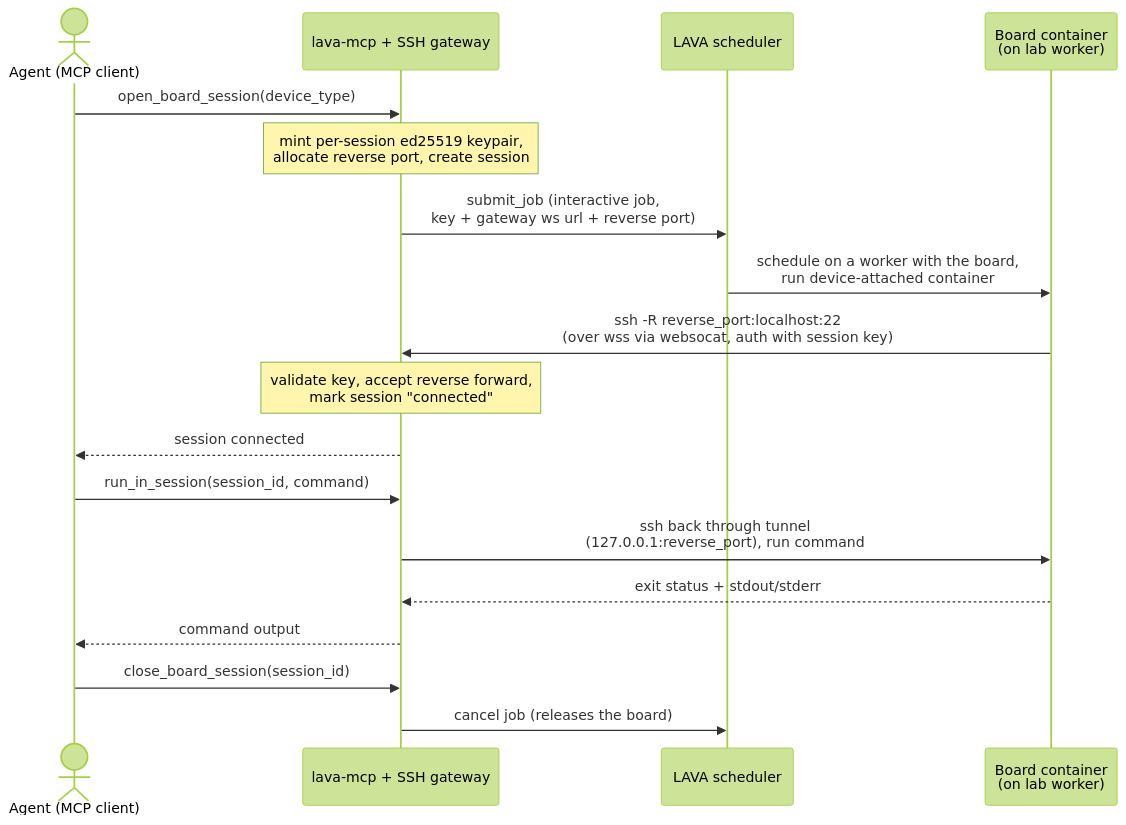
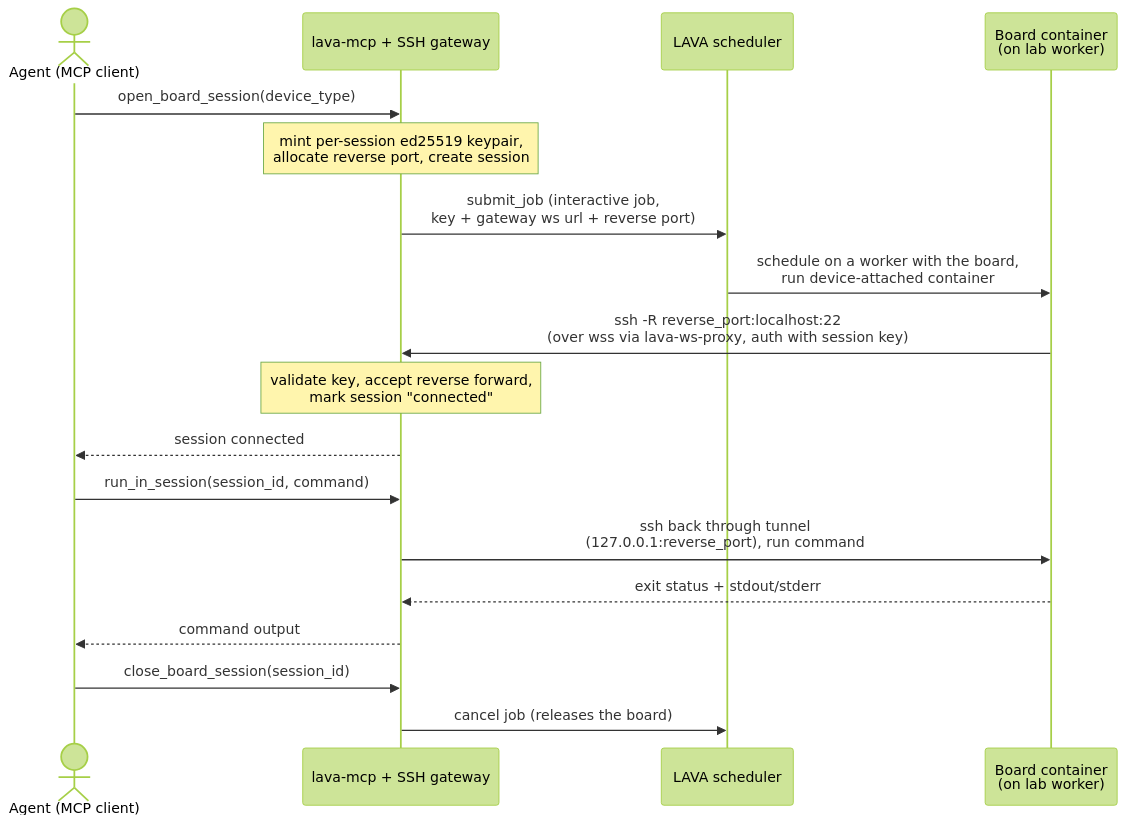
The first of 2 diagrams in docs/board-sessions.md (lava-mcp/lava-mcp), drawn with Mermaid (forest theme) before and after one commit. The commit also changed other lines of this file and 16 other files, not shown here.

First line of the commit message:
gateway: cut over from websocat to the lava-ws-proxy ProxyCommand

````diff
--- a/docs/board-sessions.md
+++ b/docs/board-sessions.md
@@ -26,23 +26,23 @@
 ```mermaid
 sequenceDiagram
     actor Agent as Agent (MCP client)
     participant MCP as lava-mcp + SSH gateway
     participant LAVA as LAVA scheduler
     participant Board as Board container<br/>(on lab worker)
 
     Agent->>MCP: open_board_session(device_type)
     Note over MCP: mint per-session ed25519 keypair,<br/>allocate reverse port, create session
     MCP->>LAVA: submit_job (interactive job,<br/>key + gateway ws url + reverse port)
     LAVA->>Board: schedule on a worker with the board,<br/>run device-attached container
-    Board->>MCP: ssh -R reverse_port:localhost:22<br/>(over wss via websocat, auth with session key)
+    Board->>MCP: ssh -R reverse_port:localhost:22<br/>(over wss via lava-ws-proxy, auth with session key)
     Note over MCP: validate key, accept reverse forward,<br/>mark session "connected"
     MCP-->>Agent: session connected
 
     Agent->>MCP: run_in_session(session_id, command)
     MCP->>Board: ssh back through tunnel<br/>(127.0.0.1:reverse_port), run command
     Board-->>MCP: exit status + stdout/stderr
     MCP-->>Agent: command output
 
     Agent->>MCP: close_board_session(session_id)
     MCP->>LAVA: cancel job (releases the board)
 ```
````
